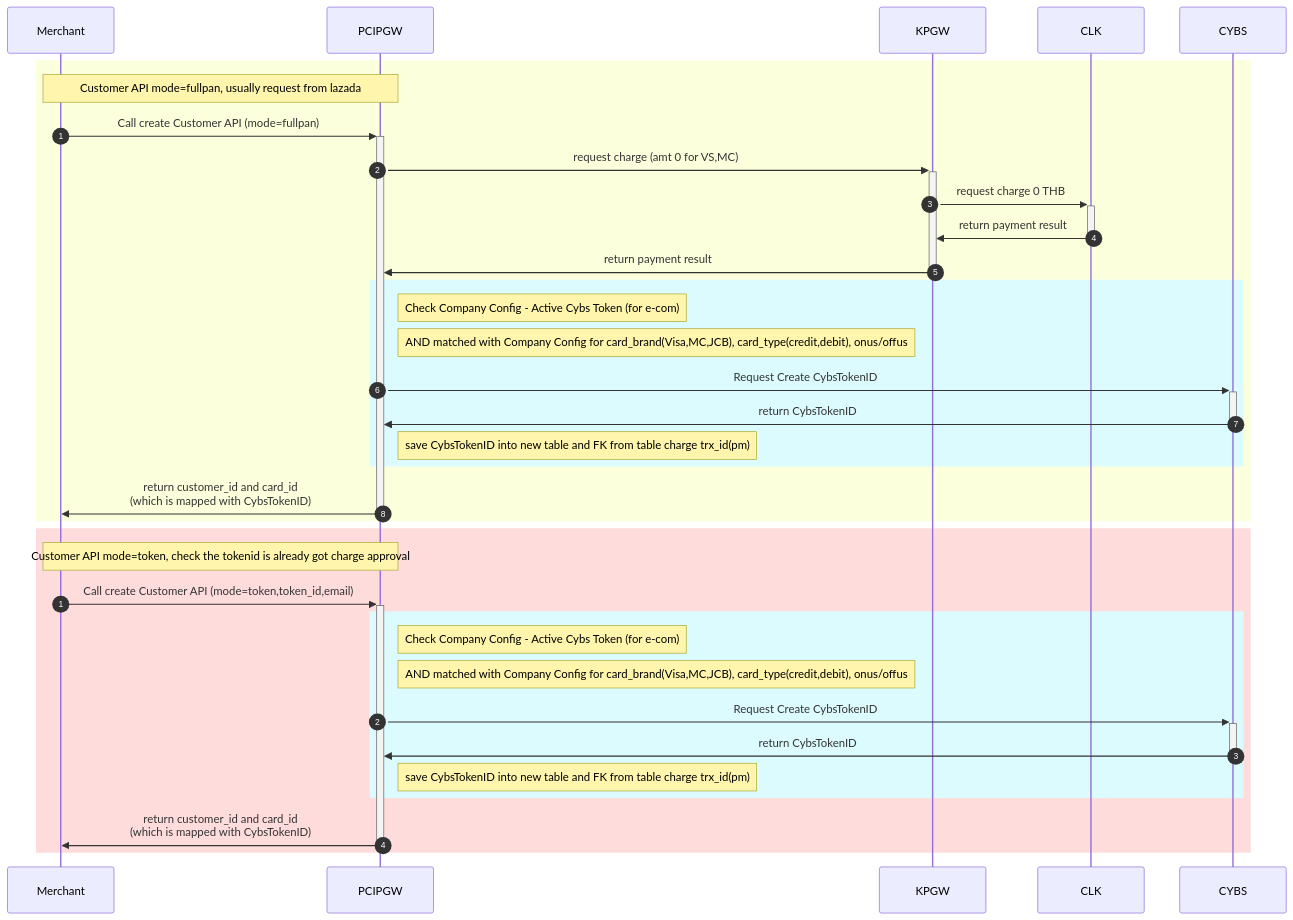
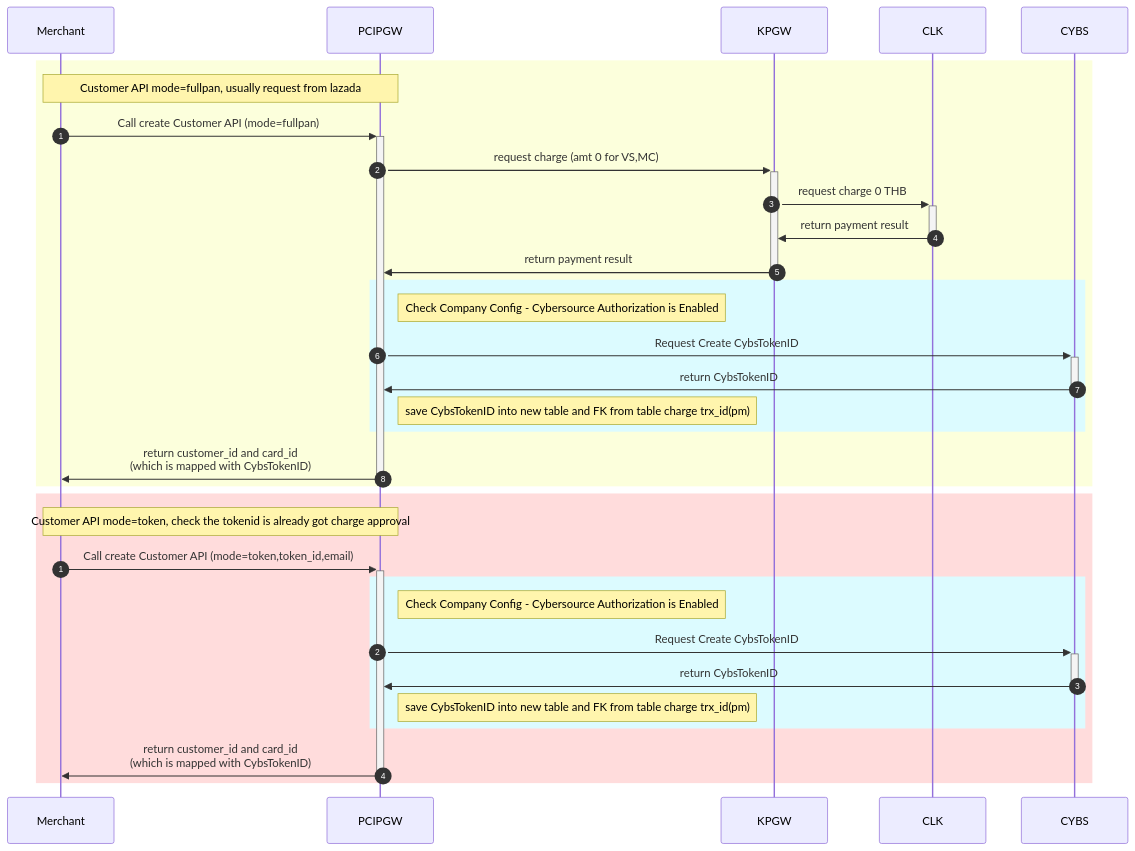
The eighth of 9 diagrams in Cybs-Ph2-Flow-new1.md (yuusuke25/MyNotes), drawn with Mermaid before and after one commit. The commit also changed other lines of this file, not shown here.

````diff
--- a/Cybs-Ph2-Flow-new1.md
+++ b/Cybs-Ph2-Flow-new1.md
@@ -261,34 +258,32 @@
 ```mermaid
     sequenceDiagram
         autonumber 1
         rect rgb(252, 255, 220)
             Note over Merchant,PCIPGW: Customer API mode=fullpan, usually request from lazada
             Merchant->>+PCIPGW:Call create Customer API (mode=fullpan)
             PCIPGW->>+KPGW:request charge (amt 0 for VS,MC)
             KPGW->>+CLK:request charge 0 THB
             CLK->>-KPGW:return payment result
             KPGW->>-PCIPGW:return payment result
             rect rgb(220, 251, 255)
-              Note right of PCIPGW: Check Company Config - Active Cybs Token (for e-com)
-              Note right of PCIPGW: AND matched with Company Config for card_brand(Visa,MC,JCB), card_type(credit,debit), onus/offus
+              Note right of PCIPGW: Check Company Config - Cybersource Authorization is Enabled
               PCIPGW->>+CYBS:Request Create CybsTokenID
               CYBS->>-PCIPGW:return CybsTokenID
               Note right of PCIPGW: save CybsTokenID into new table and FK from table charge trx_id(pm)
             end
             PCIPGW->>-Merchant:return customer_id and card_id<br>(which is mapped with CybsTokenID)
         end
         
         autonumber 1
         rect rgb(255, 220, 220)
         Note over Merchant,PCIPGW: Customer API mode=token, check the tokenid is already got charge approval
             Merchant->>+PCIPGW:Call create Customer API (mode=token,token_id,email)
               rect rgb(220, 251, 255)
-                  Note right of PCIPGW: Check Company Config - Active Cybs Token (for e-com)
-                  Note right of PCIPGW: AND matched with Company Config for card_brand(Visa,MC,JCB), card_type(credit,debit), onus/offus
+                  Note right of PCIPGW: Check Company Config - Cybersource Authorization is Enabled
                   PCIPGW->>+CYBS:Request Create CybsTokenID
                   CYBS->>-PCIPGW:return CybsTokenID
                   Note right of PCIPGW: save CybsTokenID into new table and FK from table charge trx_id(pm)
               end
             PCIPGW->>-Merchant:return customer_id and card_id <br>(which is mapped with CybsTokenID)
         end
 ```
````
